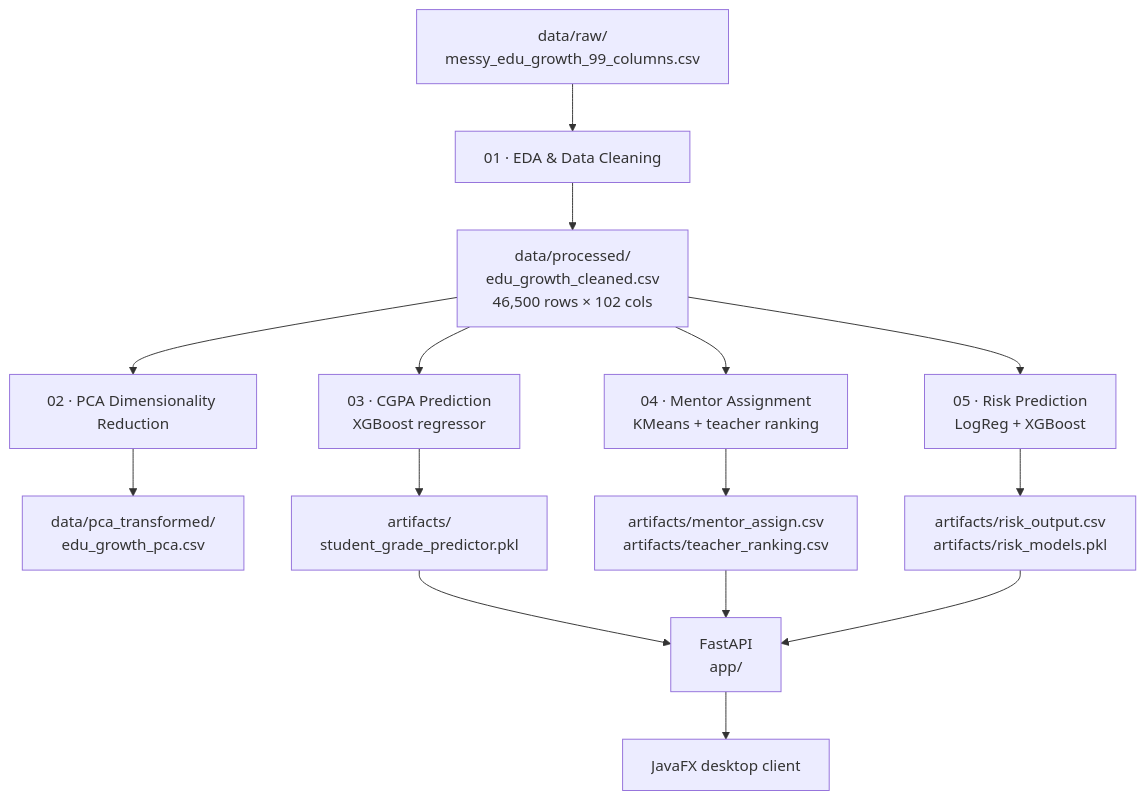
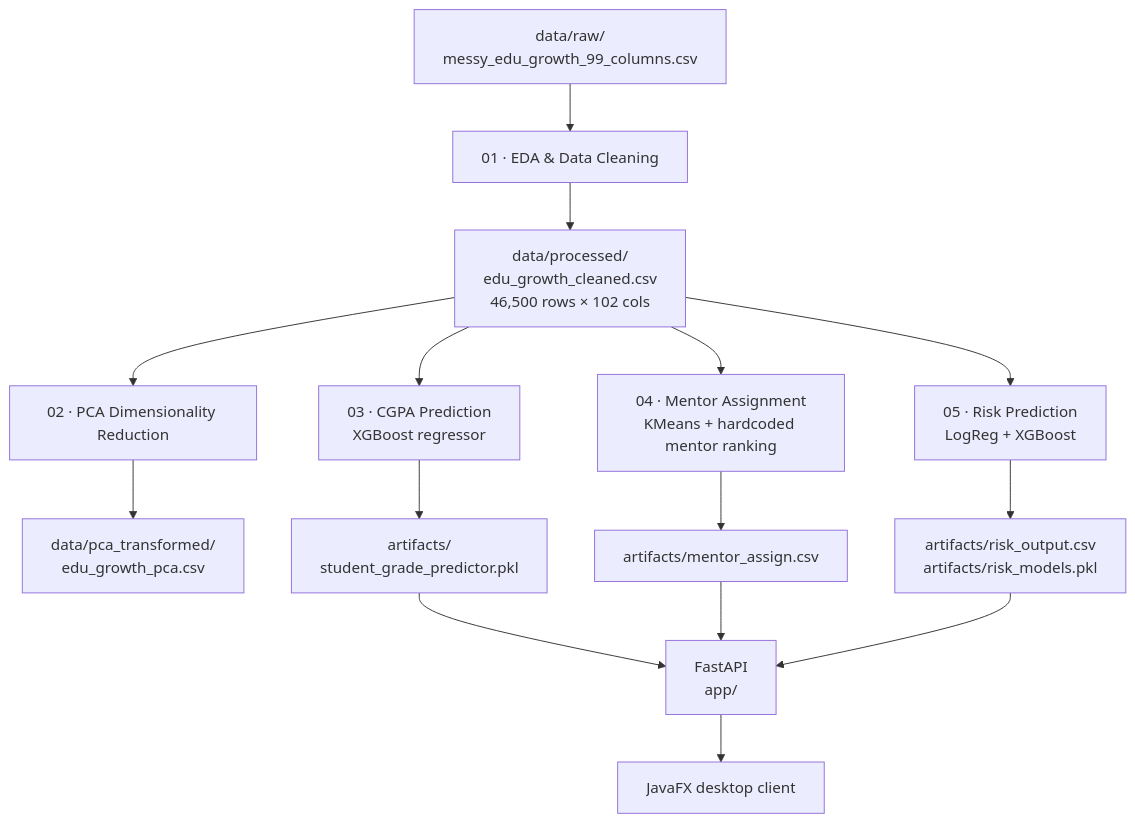
Before and after one commit to cybodexx/edu-growth: the first of 6 diagrams in README.md, drawn with Mermaid. The commit also changed other lines of this file and 11 other files, not shown here.

````diff
--- a/README.md
+++ b/README.md
@@ -32,22 +32,22 @@
 ```mermaid
 flowchart TD
     RAW["data/raw/<br/>messy_edu_growth_99_columns.csv"] --> NB1["01 · EDA &amp; Data Cleaning"]
     NB1 --> PROC["data/processed/<br/>edu_growth_cleaned.csv<br/>46,500 rows × 102 cols"]
 
     PROC --> NB2["02 · PCA Dimensionality Reduction"]
     NB2 --> PCA["data/pca_transformed/<br/>edu_growth_pca.csv"]
 
     PROC --> NB3["03 · CGPA Prediction<br/>XGBoost regressor"]
     NB3 --> M3["artifacts/<br/>student_grade_predictor.pkl"]
 
-    PROC --> NB4["04 · Mentor Assignment<br/>KMeans + teacher ranking"]
-    NB4 --> M4["artifacts/mentor_assign.csv<br/>artifacts/teacher_ranking.csv"]
+    PROC --> NB4["04 · Mentor Assignment<br/>KMeans + hardcoded mentor ranking"]
+    NB4 --> M4["artifacts/mentor_assign.csv"]
 
     PROC --> NB5["05 · Risk Prediction<br/>LogReg + XGBoost"]
     NB5 --> M5["artifacts/risk_output.csv<br/>artifacts/risk_models.pkl"]
 
     M3 --> API["FastAPI<br/>app/"]
     M4 --> API
     M5 --> API
     API --> UI["JavaFX desktop client"]
 ```
````
